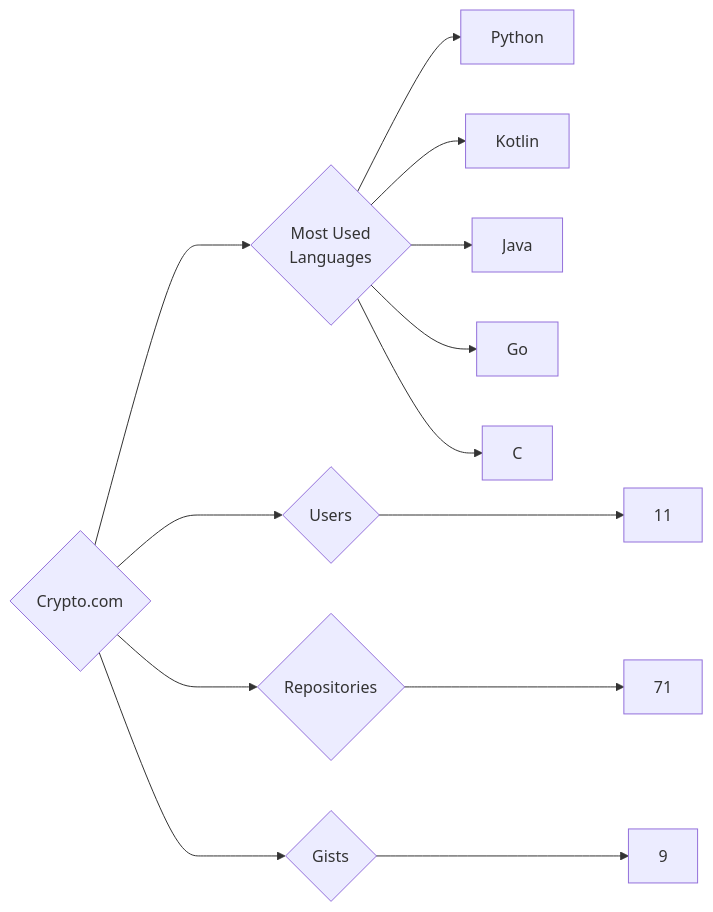
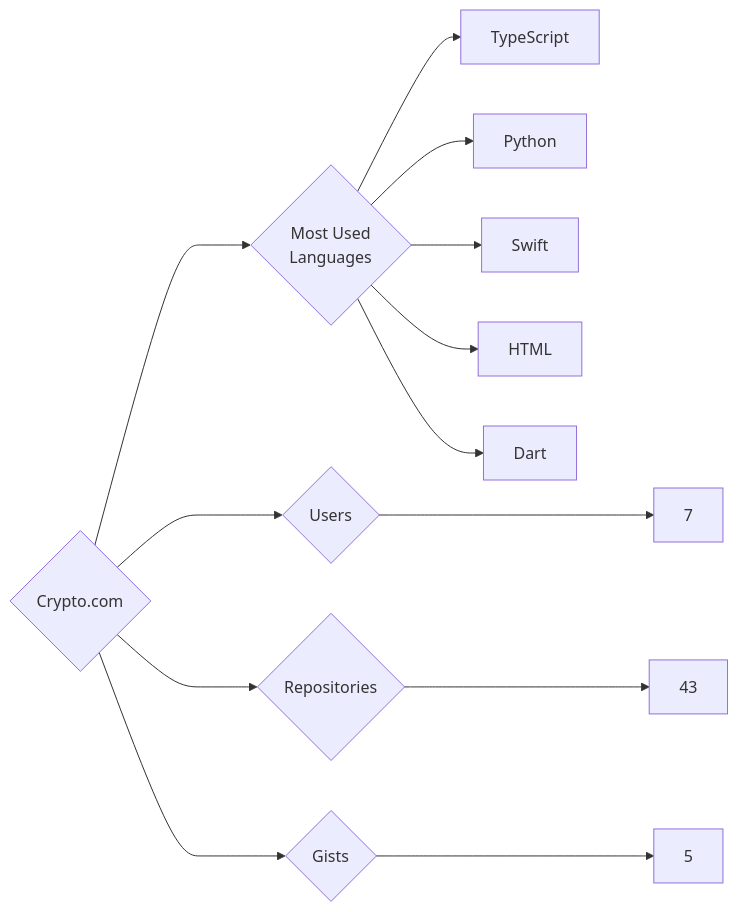
One commit to trickest/insiders changed the diagram in targets/Crypto.com/README.md. Above: the diagram before and after it, drawn with Mermaid. The commit also changed 1123 other files, not shown here.

````diff
--- a/targets/Crypto.com/README.md
+++ b/targets/Crypto.com/README.md
@@ -3,13 +3,13 @@
 ```mermaid
 graph LR
 COMPANY_NAME{Crypto.com}
-COMPANY_NAME ---> U{Users} ---> UN[11]
-COMPANY_NAME ---> R{Repositories} ---> RN[71]
-COMPANY_NAME ---> G{Gists} ---> GN[9]
+COMPANY_NAME ---> U{Users} ---> UN[7]
+COMPANY_NAME ---> R{Repositories} ---> RN[43]
+COMPANY_NAME ---> G{Gists} ---> GN[5]
 COMPANY_NAME ---> ML{Most Used<br>Languages}
+ML --> TypeScript[TypeScript]
 ML --> Python[Python]
-ML --> Kotlin[Kotlin]
-ML --> Java[Java]
-ML --> Go[Go]
-ML --> C[C]
+ML --> Swift[Swift]
+ML --> HTML[HTML]
+ML --> Dart[Dart]
 ```
````
